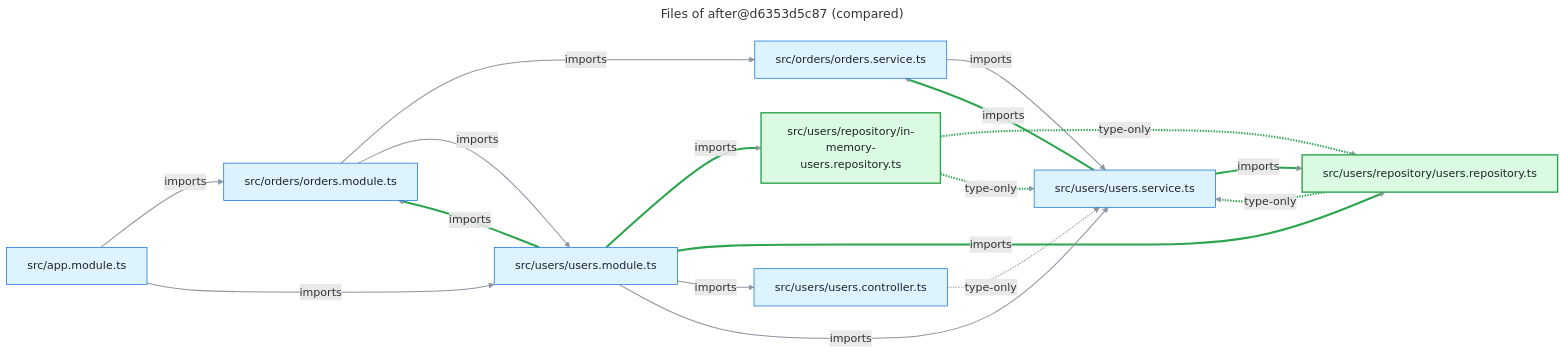
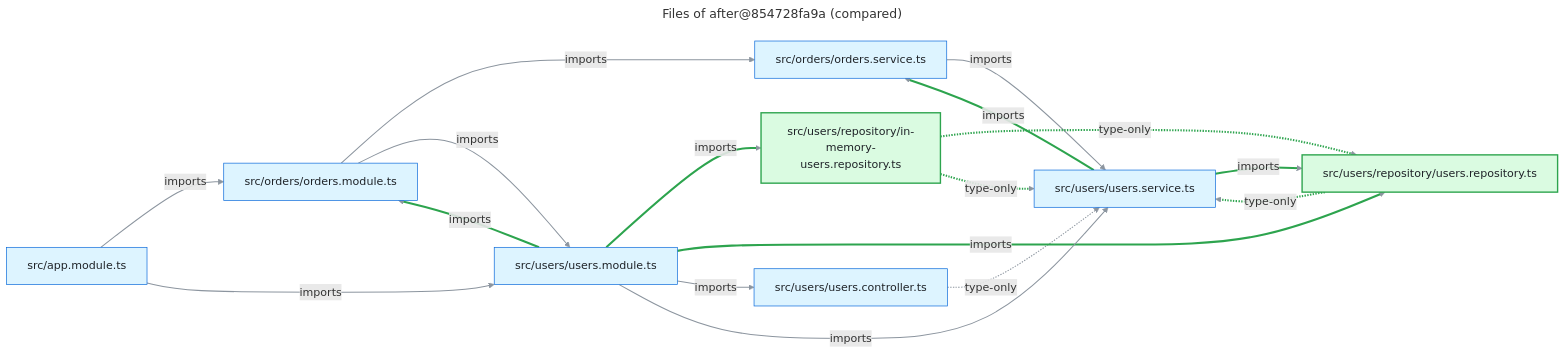
Before and after one commit to FullFran/archsieve: the diagram in examples/nest-shop/files-compare.mmd, drawn with Mermaid. The commit also changed 20 other files, not shown here.

```diff
--- a/examples/nest-shop/files-compare.mmd
+++ b/examples/nest-shop/files-compare.mmd
@@ -1,47 +1,47 @@
 ---
-title: "Files of after@d6353d5c87 (compared)"
+title: "Files of after@854728fa9a (compared)"
 ---
 flowchart LR
   n0["src/app.module.ts"]:::code
   n1["src/orders/orders.module.ts"]:::code
   n2["src/orders/orders.service.ts"]:::code
   n3["src/users/repository/in-memory-users.repository.ts"]:::added
   n4["src/users/repository/users.repository.ts"]:::added
   n5["src/users/users.controller.ts"]:::code
   n6["src/users/users.module.ts"]:::code
   n7["src/users/users.service.ts"]:::code
   n0 -->|"imports"| n1
   n0 -->|"imports"| n6
   n1 -->|"imports"| n2
   n1 -->|"imports"| n6
   n2 -->|"imports"| n7
   n3 -.->|"type-only"| n4
   n3 -.->|"type-only"| n7
   n4 -.->|"type-only"| n7
   n5 -.->|"type-only"| n7
   n6 -->|"imports"| n1
   n6 -->|"imports"| n3
   n6 -->|"imports"| n4
   n6 -->|"imports"| n5
   n6 -->|"imports"| n7
   n7 -->|"imports"| n2
   n7 -->|"imports"| n4
   linkStyle default stroke:#8c959f,stroke-width:1.5px
   linkStyle 5 stroke:#2da44e,stroke-width:3px
   linkStyle 6 stroke:#2da44e,stroke-width:3px
   linkStyle 7 stroke:#2da44e,stroke-width:3px
   linkStyle 9 stroke:#2da44e,stroke-width:3px
   linkStyle 10 stroke:#2da44e,stroke-width:3px
   linkStyle 11 stroke:#2da44e,stroke-width:3px
   linkStyle 14 stroke:#2da44e,stroke-width:3px
   linkStyle 15 stroke:#2da44e,stroke-width:3px
   classDef code fill:#ddf4ff,stroke:#0969da,color:#1f2328
   classDef external fill:#fff8c5,stroke:#9a6700,color:#1f2328
   classDef module fill:#fbefff,stroke:#8250df,color:#1f2328
   classDef added fill:#dafbe1,stroke:#2da44e,stroke-width:2px,color:#1f2328
   classDef removed fill:#ffebe9,stroke:#cf222e,stroke-dasharray:4 3,color:#1f2328
   classDef boundary fill:#f6f8fa,stroke:#57606a,stroke-dasharray:6 4,color:#1f2328
   classDef container fill:#ddf4ff,stroke:#0969da,stroke-width:2px,color:#1f2328
   classDef unverified fill:#ffffff,stroke:#0969da,stroke-width:2px,stroke-dasharray:5 3,color:#1f2328
   classDef undeclared fill:#fff1e5,stroke:#bc4c00,stroke-width:2px,color:#1f2328
   classDef focus fill:#ddf4ff,stroke:#0969da,stroke-width:4px,color:#1f2328
```
